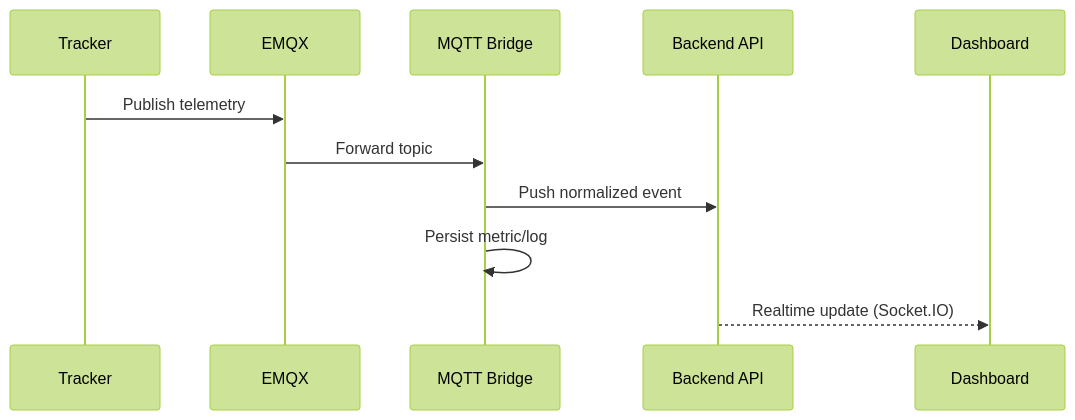
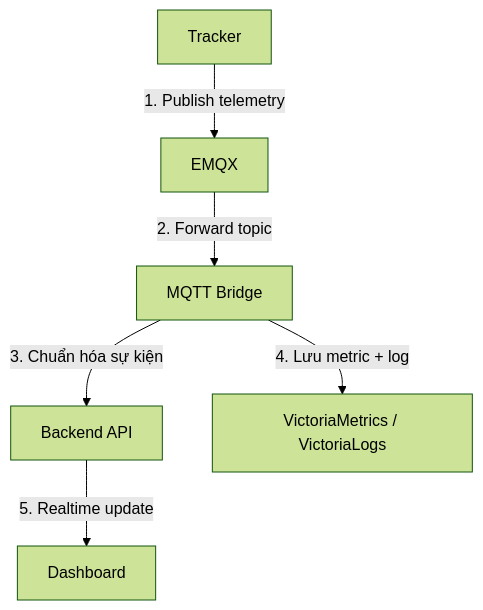
Before and after one commit to anmh1205/IoT_Vehicle_Tracking_System: the diagram in resources/reports/thesis/final/assets/uml/05-chuong-3-giai-phap-backend-hinh-3-12a.mmd, drawn with Mermaid (forest theme). The commit also changed 135 other files, not shown here.

```diff
--- a/resources/reports/thesis/final/assets/uml/05-chuong-3-giai-phap-backend-hinh-3-12a.mmd
+++ b/resources/reports/thesis/final/assets/uml/05-chuong-3-giai-phap-backend-hinh-3-12a.mmd
@@ -1,12 +1,6 @@
-sequenceDiagram
-    participant Device as Tracker
-    participant Broker as EMQX
-    participant Bridge as MQTT Bridge
-    participant API as Backend API
-    participant Dash as Dashboard
-
-    Device->>Broker: Publish telemetry
-    Broker->>Bridge: Forward topic
-    Bridge->>API: Push normalized event
-    Bridge->>Bridge: Persist metric/log
-    API-->>Dash: Realtime update (Socket.IO)
+flowchart TB
+    Device["Tracker"] -->|1. Publish telemetry| Broker["EMQX"]
+    Broker -->|2. Forward topic| Bridge["MQTT Bridge"]
+    Bridge -->|3. Chuẩn hóa sự kiện| API["Backend API"]
+    Bridge -->|4. Lưu metric + log| Storage["VictoriaMetrics / VictoriaLogs"]
+    API -->|5. Realtime update| Dash["Dashboard"]
```
